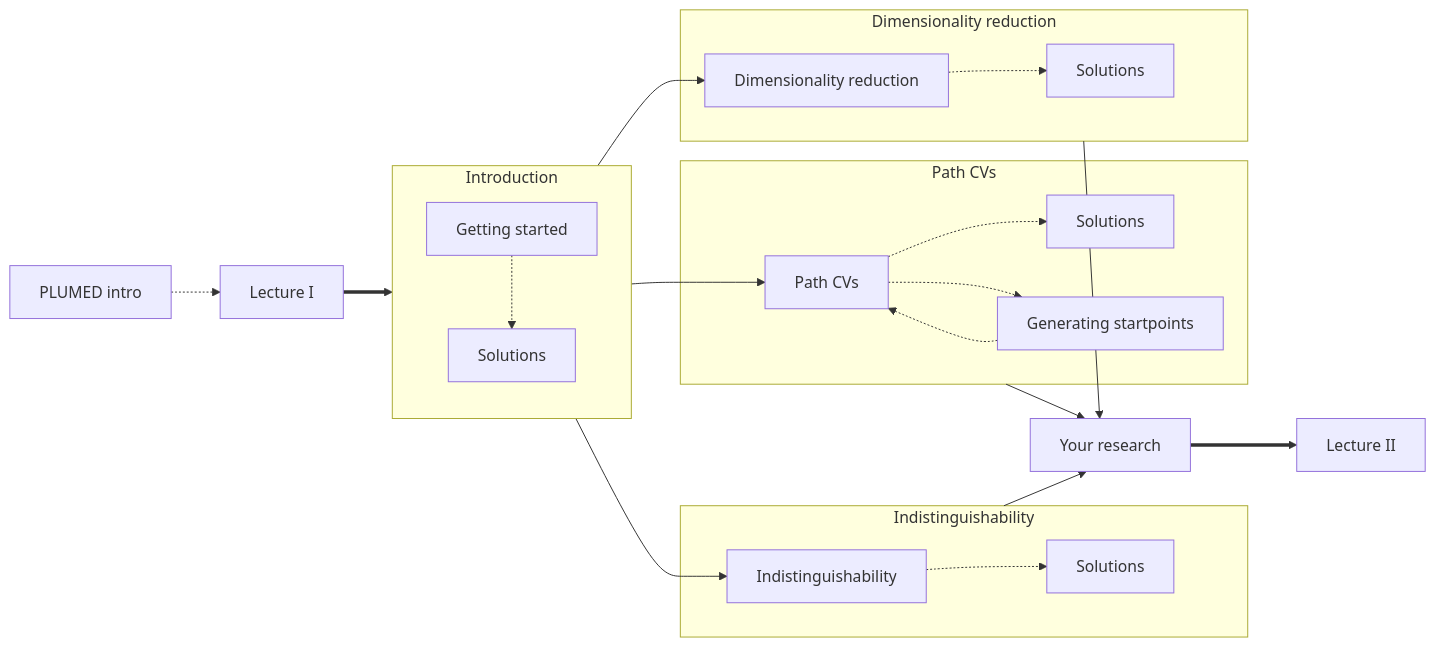
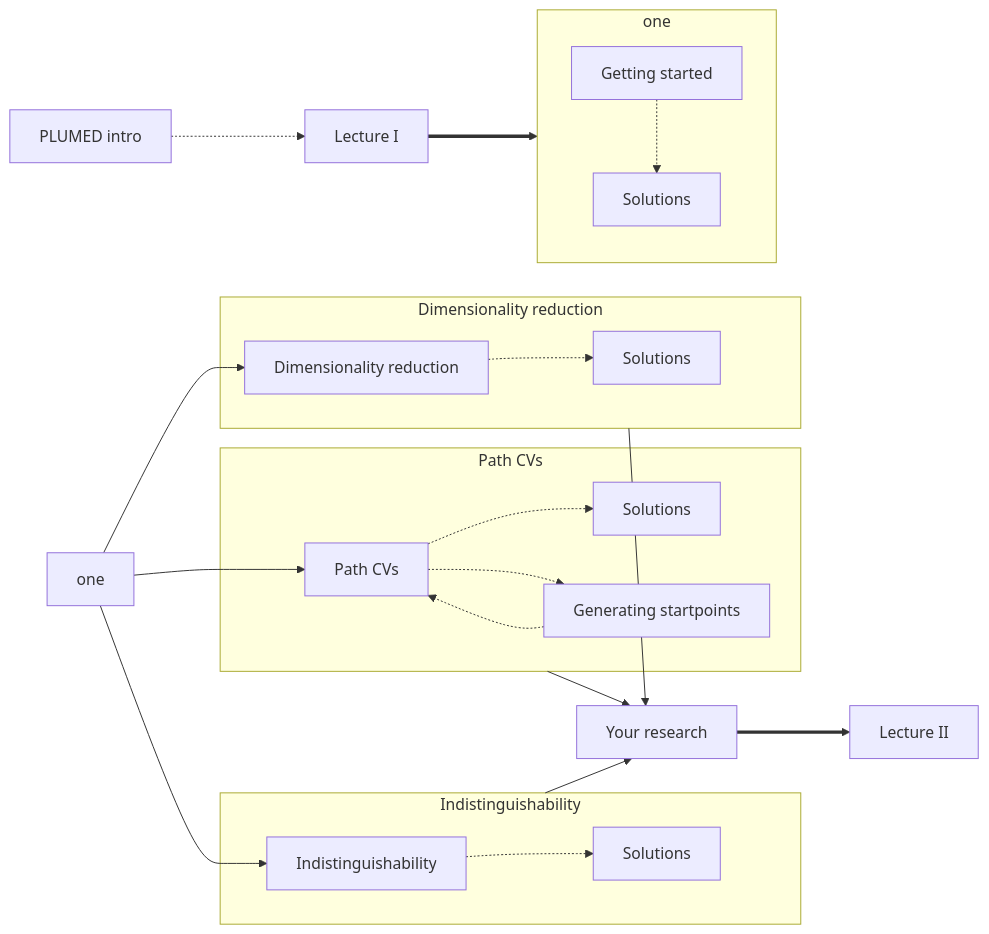
Before and after one commit to plumed/masterclass-21-6: the diagram in NAVIGATION.md, drawn with Mermaid.

````diff
--- a/NAVIGATION.md
+++ b/NAVIGATION.md
@@ -13,40 +13,40 @@
 ```mermaid
 flowchart LR;
   A[PLUMED intro] -.-> B[Lecture I] 
   B ==> C[Getting started]
-  subgraph one [Introduction]
+  subgraph one 
   direction TB
   C -.-> D[Solutions]
   end
   one --> E[Dimensionality reduction]
   one --> F[Path CVs]
   one --> G[Indistinguishability]
   H ==> I[Lecture II]
   subgraph two [Dimensionality reduction]
   E -.-> J[Solutions]
   end
   subgraph three [Path CVs]
   F -.-> K[Solutions]
   F -.-> M[Generating startpoints]
   M -.-> F
   end
   subgraph four [Indistinguishability]
   G -.-> L[Solutions]
   end
   two --> H[Your research] 
   three --> H
   four --> H
   click A "ref1" "This elementary lesson shows you how to install PLUMED and some basic and more advanced syntax. You will only need to complete up to exercise 1 of this earlier lesson to complete these exercises on dimensionality reduction"
   click B "video1" "A lecture that was given on April 12th 2021 as part of the plumed masterclass series that introduces you to the exercises in this lesson"
   click C "INSTRUCTIONS1.md" "Installation instructions followed by a discussion of how to run PLUMED from python direction and how to use chemiscope to visualize trajectories"
   click D "notebooks/plumed-and-python-exercises-1-and-2.ipynb" "This python notebook contains a full set of solutions for the exercises that show how you can call PLUMED from a jupyter notebook"
   click E "DIMENSIONALITY.md" "An introduction to running various different types of dimensionality reduction algorithms on trajectories"
   click F "PATHS.md" "An introduction to path collective variables and the isocommittor"
   click G "INDISTINGUISHABILITY.md" "An introduction to methods for dealing with systems of indistinguishable particles"
   click H "WRAPUP.md" "Some advice on using the methods discussed in this tutorial in your own research"
   click I "video2" "A lecture that was given on April 19th 2021 as part of the plumed masterclass series that goes through the solutions to the exercises in the lesson"
   click J "notebooks/dimensionality-reduction-exercise-3.ipynb" "This python notebook contains a full set of solutions for the exercises on dimensionality reduction techniques"
   click K "notebooks/path-cvs-exercise-4.ipynb" "This python notebook contains a full set of solutions for the exercises on path collective variables"
   click L "notebooks/indistinguishability-ex-5.ipynb" "This python notebook contains a full set of solutions for the exercises on dealing with systems of indistiguishable particles"
   click M "notebooks/create_startpoints.ipynb" "This python notebook shows how I generated a series of random startpoints for the isocommittor simulations that were used in the exercise on path CVs"
 ```
````
